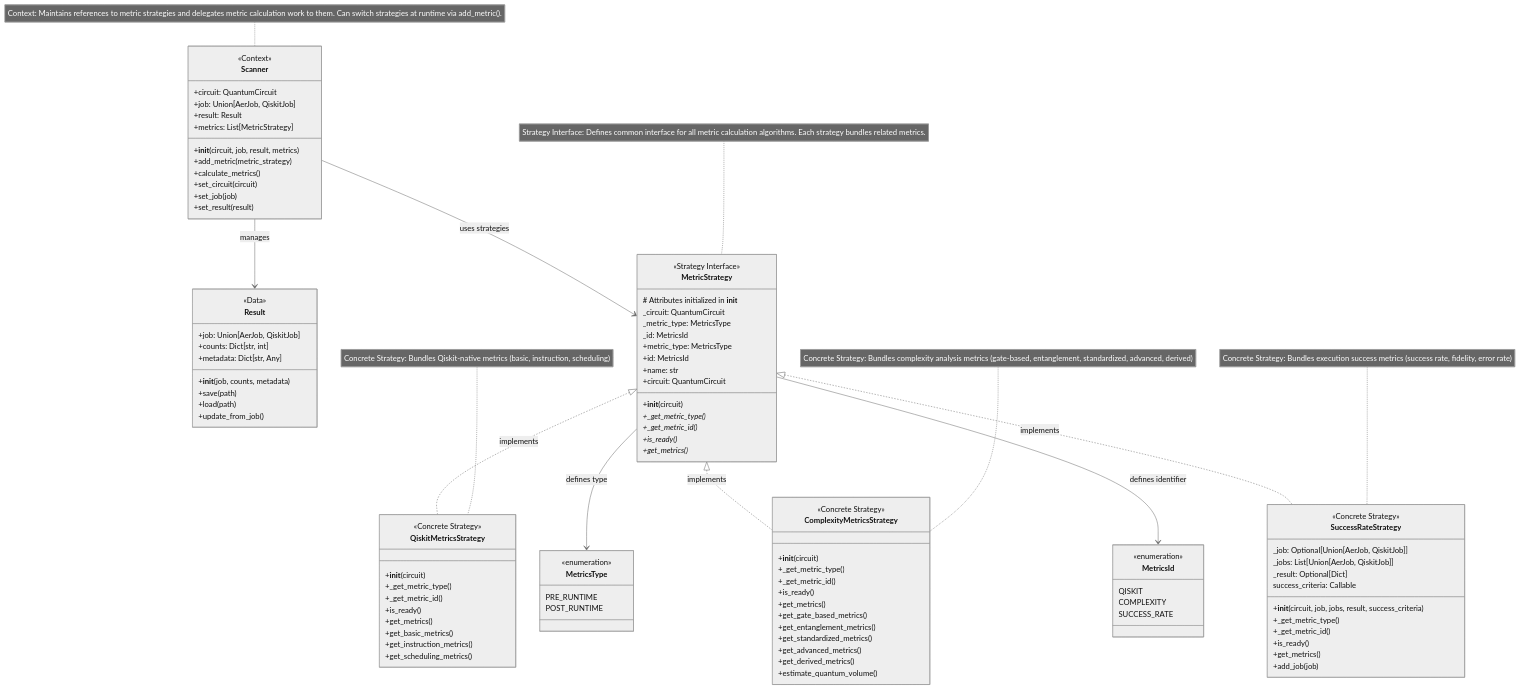
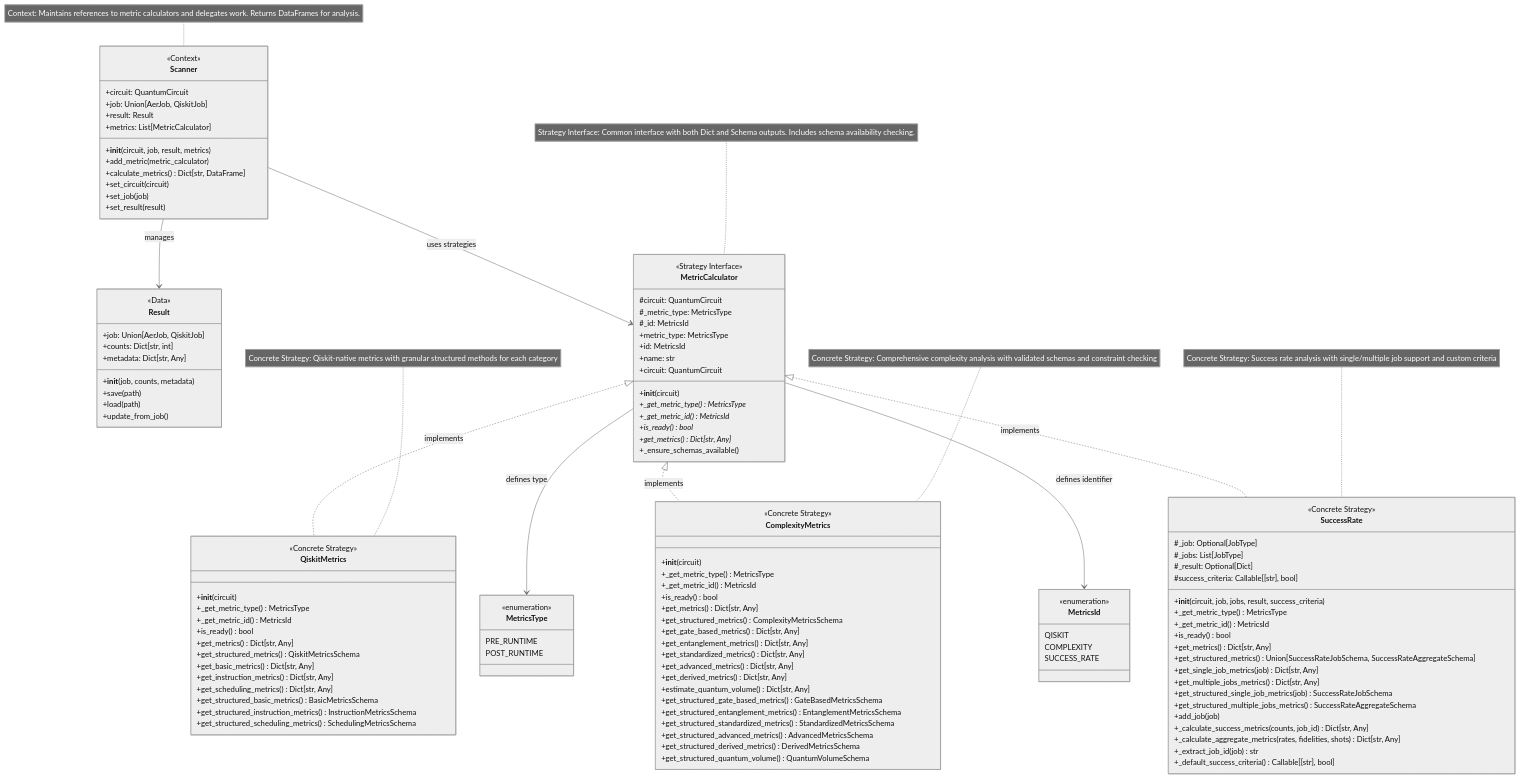
One commit to xthecapx/qiskit-qward changed the third of 4 diagrams in docs/architecture.md. Above: the diagram before and after it, drawn with Mermaid (neutral theme). The commit also changed other lines of this file and 15 other files, not shown here.

First line of the commit message:
Enhance QWARD with Schema-Based Validation and Updated Metrics

````diff
--- a/docs/architecture.md
+++ b/docs/architecture.md
@@ -71,22 +183,20 @@
 ```{mermaid}
 classDiagram
-    %% Strategy Pattern Implementation for Quantum Circuit Metrics Analysis
+    %% Complete QWARD Architecture with Schema Validation
     
     class Scanner {
         <<Context>>
         +circuit: QuantumCircuit
         +job: Union[AerJob, QiskitJob]
         +result: Result
-        +metrics: List[MetricStrategy]
+        +metrics: List[MetricCalculator]
         +__init__(circuit, job, result, metrics)
-        +add_metric(metric_strategy)
-        +calculate_metrics()
+        +add_metric(metric_calculator)
+        +calculate_metrics() Dict[str, DataFrame]
         +set_circuit(circuit)
         +set_job(job)
         +set_result(result)
     }
-
-
 
     class Result {
         <<Data>>
@@ -99,62 +209,82 @@
         +update_from_job()
     }
 
-    class MetricStrategy {
+    class MetricCalculator {
         <<Strategy Interface>>
-        # Attributes initialized in __init__
-        _circuit: QuantumCircuit
-        _metric_type: MetricsType
-        _id: MetricsId
+        #circuit: QuantumCircuit
+        #_metric_type: MetricsType
+        #_id: MetricsId
         +__init__(circuit)
         +metric_type: MetricsType
         +id: MetricsId
         +name: str
         +circuit: QuantumCircuit
-        +_get_metric_type()* 
-        +_get_metric_id()*
-        +is_ready()*
-        +get_metrics()*
+        +_get_metric_type()* MetricsType
+        +_get_metric_id()* MetricsId
+        +is_ready()* bool
+        +get_metrics()* Dict[str, Any]
+        +_ensure_schemas_available()
     }
 
-    class QiskitMetricsStrategy {
+    class QiskitMetrics {
         <<Concrete Strategy>>
         +__init__(circuit)
-        +_get_metric_type()
-        +_get_metric_id()
-        +is_ready()
-        +get_metrics()
-        +get_basic_metrics()
-        +get_instruction_metrics()
-        +get_scheduling_metrics()
+        +_get_metric_type() MetricsType
+        +_get_metric_id() MetricsId
+        +is_ready() bool
+        +get_metrics() Dict[str, Any]
+        +get_structured_metrics() QiskitMetricsSchema
+        +get_basic_metrics() Dict[str, Any]
+        +get_instruction_metrics() Dict[str, Any]
+        +get_scheduling_metrics() Dict[str, Any]
+        +get_structured_basic_metrics() BasicMetricsSchema
+        +get_structured_instruction_metrics() InstructionMetricsSchema
+        +get_structured_scheduling_metrics() SchedulingMetricsSchema
     }
 
-    class ComplexityMetricsStrategy {
+    class ComplexityMetrics {
         <<Concrete Strategy>>
         +__init__(circuit)
-        +_get_metric_type()
-        +_get_metric_id()
-        +is_ready()
-        +get_metrics()
-        +get_gate_based_metrics()
-        +get_entanglement_metrics()
-        +get_standardized_metrics()
-        +get_advanced_metrics()
-        +get_derived_metrics()
-        +estimate_quantum_volume()
+        +_get_metric_type() MetricsType
+        +_get_metric_id() MetricsId
+        +is_ready() bool
+        +get_metrics() Dict[str, Any]
+        +get_structured_metrics() ComplexityMetricsSchema
+        +get_gate_based_metrics() Dict[str, Any]
+        +get_entanglement_metrics() Dict[str, Any]
+        +get_standardized_metrics() Dict[str, Any]
+        +get_advanced_metrics() Dict[str, Any]
+        +get_derived_metrics() Dict[str, Any]
+        +estimate_quantum_volume() Dict[str, Any]
+        +get_structured_gate_based_metrics() GateBasedMetricsSchema
+        +get_structured_entanglement_metrics() EntanglementMetricsSchema
+        +get_structured_standardized_metrics() StandardizedMetricsSchema
+        +get_structured_advanced_metrics() AdvancedMetricsSchema
+        +get_structured_derived_metrics() DerivedMetricsSchema
+        +get_structured_quantum_volume() QuantumVolumeSchema
     }
 
-    class SuccessRateStrategy {
+    class SuccessRate {
         <<Concrete Strategy>>
-        _job: Optional[Union[AerJob, QiskitJob]]
-        _jobs: List[Union[AerJob, QiskitJob]]
-        _result: Optional[Dict]
-        success_criteria: Callable
+        #_job: Optional[JobType]
+        #_jobs: List[JobType]
+        #_result: Optional[Dict]
+        #success_criteria: Callable[[str], bool]
         +__init__(circuit, job, jobs, result, success_criteria)
-        +_get_metric_type()
-        +_get_metric_id()
-        +is_ready()
-        +get_metrics()
+        +_get_metric_type() MetricsType
+        +_get_metric_id() MetricsId
+        +is_ready() bool
+        +get_metrics() Dict[str, Any]
+        +get_structured_metrics() Union[SuccessRateJobSchema, SuccessRateAggregateSchema]
+        +get_single_job_metrics(job) Dict[str, Any]
+        +get_multiple_jobs_metrics() Dict[str, Any]
+        +get_structured_single_job_metrics(job) SuccessRateJobSchema
+        +get_structured_multiple_jobs_metrics() SuccessRateAggregateSchema
         +add_job(job)
+        +_calculate_success_metrics(counts, job_id) Dict[str, Any]
+        +_calculate_aggregate_metrics(rates, fidelities, shots) Dict[str, Any]
+        +_extract_job_id(job) str
+        +_default_success_criteria() Callable[[str], bool]
     }
 
     class MetricsType {
@@ -171,26 +301,26 @@
     }
 
     %% Strategy Pattern Relationships
-    Scanner --> MetricStrategy : uses strategies
+    Scanner --> MetricCalculator : uses strategies
     Scanner --> Result : manages
     
     %% Strategy Interface Implementation
-    MetricStrategy <|.. QiskitMetricsStrategy : implements
-    MetricStrategy <|.. ComplexityMetricsStrategy : implements
-    MetricStrategy <|.. SuccessRateStrategy : implements
+    MetricCalculator <|.. QiskitMetrics : implements
+    MetricCalculator <|.. ComplexityMetrics : implements
+    MetricCalculator <|.. SuccessRate : implements
     
     %% Strategy Interface Dependencies
-    MetricStrategy --> MetricsType : defines type
-    MetricStrategy --> MetricsId : defines identifier
+    MetricCalculator --> MetricsType : defines type
+    MetricCalculator --> MetricsId : defines identifier
 
-    %% Notes about Strategy Pattern
-    note for Scanner "Context: Maintains references to metric strategies and delegates metric calculation work to them. Can switch strategies at runtime via add_metric()."
+    %% Notes about Enhanced Architecture
+    note for Scanner "Context: Maintains references to metric calculators and delegates work. Returns DataFrames for analysis."
     
-    note for MetricStrategy "Strategy Interface: Defines common interface for all metric calculation algorithms. Each strategy bundles related metrics."
+    note for MetricCalculator "Strategy Interface: Common interface with both Dict and Schema outputs. Includes schema availability checking."
     
-    note for QiskitMetricsStrategy "Concrete Strategy: Bundles Qiskit-native metrics (basic, instruction, scheduling)"
+    note for QiskitMetrics "Concrete Strategy: Qiskit-native metrics with granular structured methods for each category"
     
-    note for ComplexityMetricsStrategy "Concrete Strategy: Bundles complexity analysis metrics (gate-based, entanglement, standardized, advanced, derived)"
+    note for ComplexityMetrics "Concrete Strategy: Comprehensive complexity analysis with validated schemas and constraint checking"
     
-    note for SuccessRateStrategy "Concrete Strategy: Bundles execution success metrics (success rate, fidelity, error rate)"
+    note for SuccessRate "Concrete Strategy: Success rate analysis with single/multiple job support and custom criteria"
 ```
````
